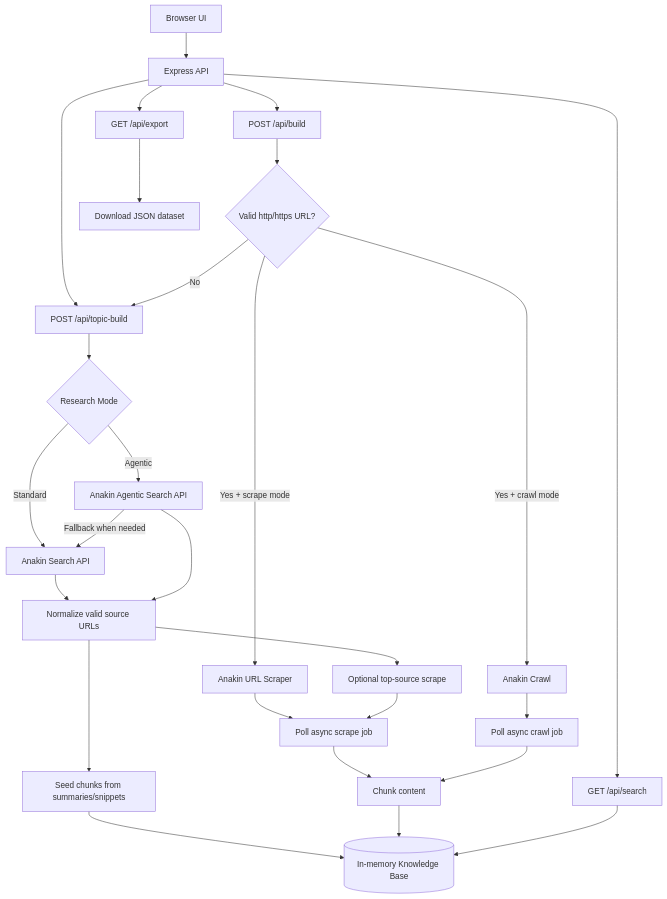
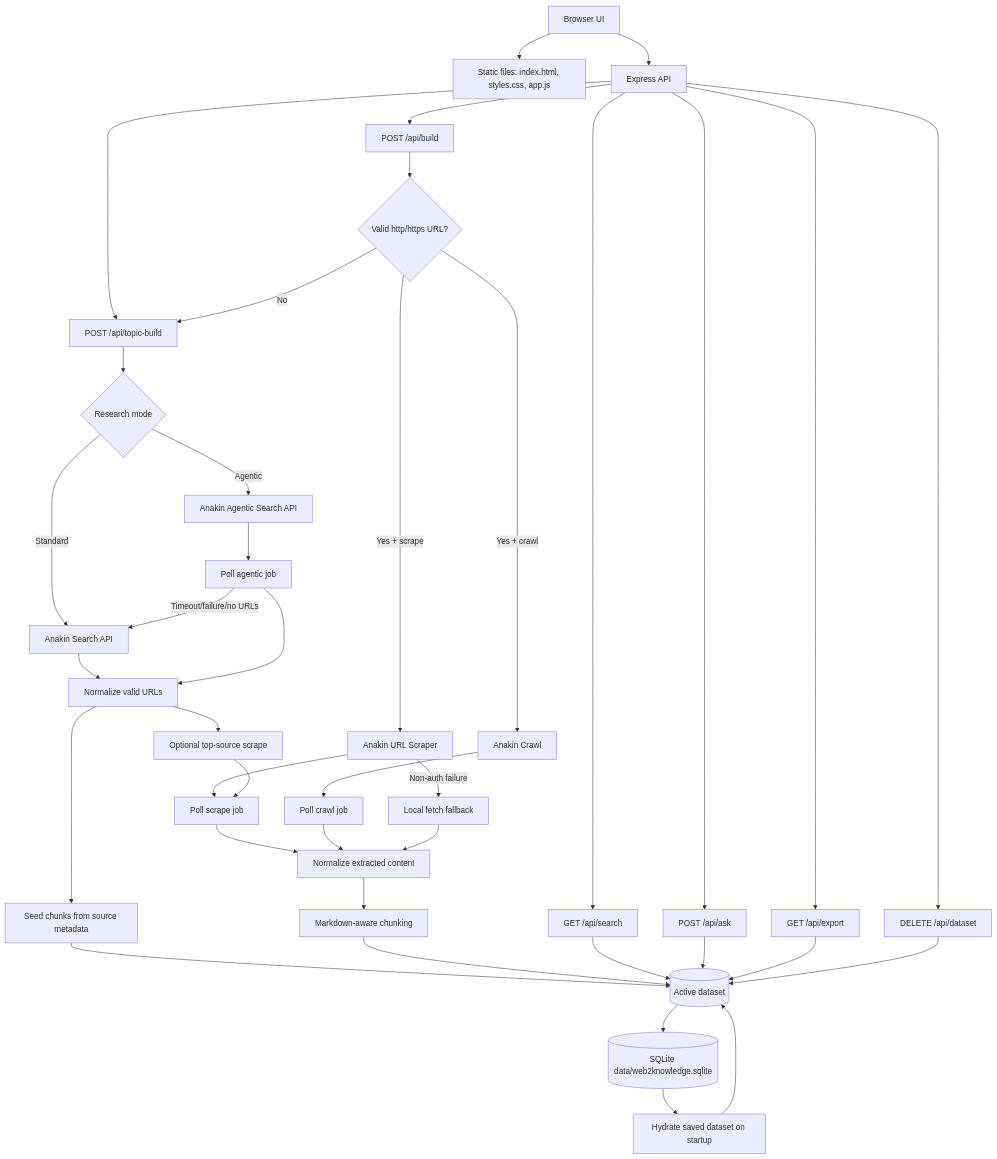
Before and after one commit to gaganakumarm/Web2Knowledge: the first of 4 diagrams in docs/system-design.md, drawn with Mermaid. The commit also changed other lines of this file and 10 other files, not shown here.

Commit message:
Productize Web2Knowledge app

````diff
--- a/docs/system-design.md
+++ b/docs/system-design.md
@@ -21,32 +21,46 @@
 ```mermaid
 flowchart TD
-  UI[Browser UI] --> API[Express API]
+  UI[Browser UI] --> Static[Static files: index.html, styles.css, app.js]
+  UI --> API[Express API]
   API --> Build[POST /api/build]
   API --> Topic[POST /api/topic-build]
   API --> Search[GET /api/search]
+  API --> Ask[POST /api/ask]
   API --> Export[GET /api/export]
+  API --> Clear[DELETE /api/dataset]
 
   Build --> UrlCheck{Valid http/https URL?}
-  UrlCheck -->|Yes + scrape mode| Scraper[Anakin URL Scraper]
-  UrlCheck -->|Yes + crawl mode| Crawl[Anakin Crawl]
+  UrlCheck -->|Yes + scrape| Scraper[Anakin URL Scraper]
+  UrlCheck -->|Yes + crawl| Crawl[Anakin Crawl]
   UrlCheck -->|No| Topic
 
-  Topic --> Mode{Research Mode}
+  Scraper -->|Non-auth failure| LocalFetch[Local fetch fallback]
+  Scraper --> Poll[Poll scrape job]
+  Crawl --> CrawlPoll[Poll crawl job]
+
+  Topic --> Mode{Research mode}
   Mode -->|Standard| SearchAPI[Anakin Search API]
   Mode -->|Agentic| AgenticAPI[Anakin Agentic Search API]
-  AgenticAPI -->|Fallback when needed| SearchAPI
+  AgenticAPI --> AgentPoll[Poll agentic job]
+  AgentPoll -->|Timeout/failure/no URLs| SearchAPI
 
-  Scraper --> Poll[Poll async scrape job]
-  Crawl --> CrawlPoll[Poll async crawl job]
-  SearchAPI --> Sources[Normalize valid source URLs]
-  AgenticAPI --> Sources
-  Sources --> Seed[Seed chunks from summaries/snippets]
+  SearchAPI --> Sources[Normalize valid URLs]
+  AgentPoll --> Sources
+  Sources --> Seed[Seed chunks from source metadata]
   Sources --> OptionalScrape[Optional top-source scrape]
   OptionalScrape --> Poll
-  Poll --> Chunk[Chunk content]
-  CrawlPoll --> Chunk
-  Seed --> KB[(In-memory Knowledge Base)]
-  Chunk --> KB
-  Search --> KB
-  Export --> Download[Download JSON dataset]
+
+  Poll --> Normalize[Normalize extracted content]
+  CrawlPoll --> Normalize
+  LocalFetch --> Normalize
+  Normalize --> Chunk[Markdown-aware chunking]
+  Seed --> Store[(Active dataset)]
+  Chunk --> Store
+  Store --> SQLite[(SQLite data/web2knowledge.sqlite)]
+  SQLite --> Hydrate[Hydrate saved dataset on startup]
+  Hydrate --> Store
+  Search --> Store
+  Ask --> Store
+  Export --> Store
+  Clear --> Store
 ```
````
